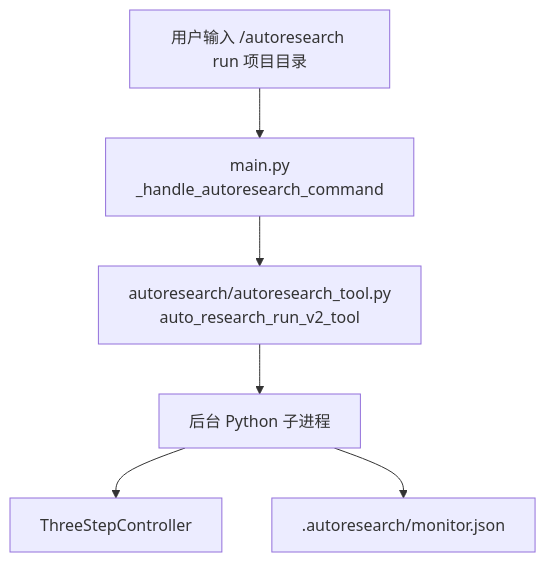
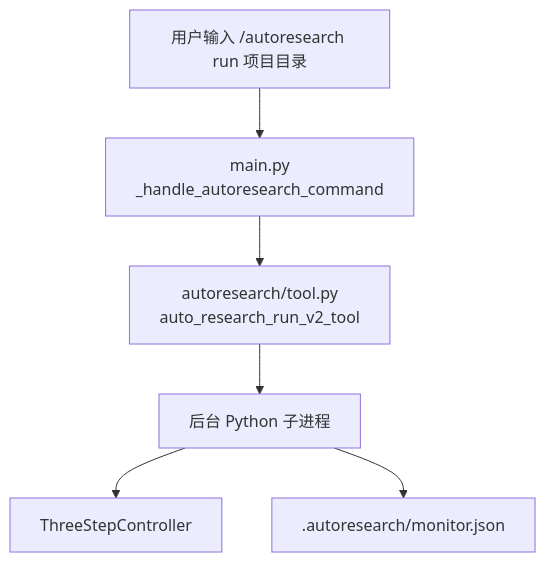
One commit to littlefishshow/R-Agent changed the second of 4 diagrams in AUTORESEARCH_小学生版.md. Above: the diagram before and after it, drawn with Mermaid. The commit also changed other lines of this file and 64 other files, not shown here.

Commit message:
refactor autoresearch architecture

````diff
--- a/AUTORESEARCH_小学生版.md
+++ b/AUTORESEARCH_小学生版.md
@@ -274,12 +279,12 @@
 ```mermaid
 flowchart TD
     User["用户输入 /autoresearch run 项目目录"]
     Main["main.py<br/>_handle_autoresearch_command"]
-    Tool["autoresearch/autoresearch_tool.py<br/>auto_research_run_v2_tool"]
+    Tool["autoresearch/tool.py<br/>auto_research_run_v2_tool"]
     Child["后台 Python 子进程"]
     Loop["ThreeStepController"]
     Monitor[".autoresearch/monitor.json"]
 
     User --> Main --> Tool --> Child --> Loop
     Child --> Monitor
 ```
````
